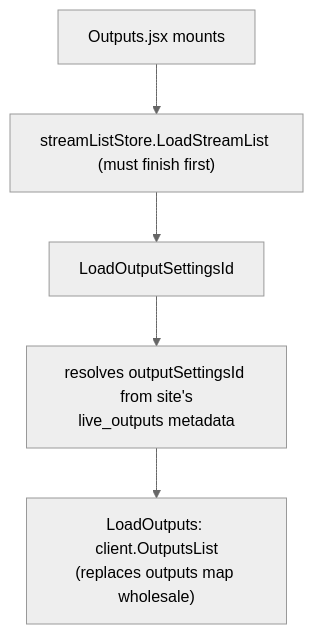
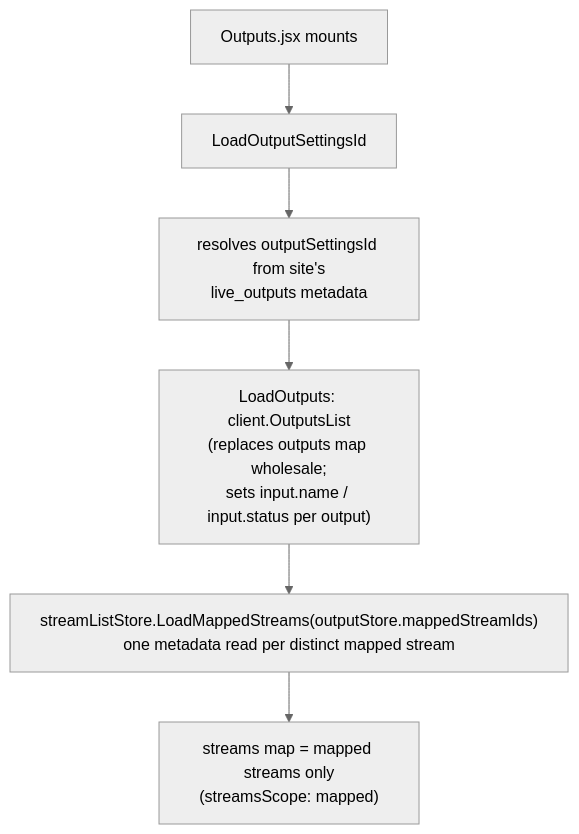
One commit to eluv-io/elv-live-stream changed the first of 5 diagrams in docs/diagrams/output-lifecycle.md. Above: the diagram before and after it, drawn with Mermaid (neutral theme). The commit also changed other lines of this file and 35 other files, not shown here.

First line of the commit message:
Changes to stream status (#200)

````diff
--- a/docs/diagrams/output-lifecycle.md
+++ b/docs/diagrams/output-lifecycle.md
@@ -7,7 +7,8 @@
 ```mermaid
 flowchart TD
-    A[Outputs.jsx mounts] --> B["streamListStore.LoadStreamList (must finish first)"]
-    B --> C[LoadOutputSettingsId]
+    A[Outputs.jsx mounts] --> C[LoadOutputSettingsId]
     C --> D["resolves outputSettingsId from site's<br/>live_outputs metadata"]
-    D --> E["LoadOutputs: client.OutputsList<br/>(replaces outputs map wholesale)"]
+    D --> E["LoadOutputs: client.OutputsList<br/>(replaces outputs map wholesale;<br/>sets input.name / input.status per output)"]
+    E --> F["streamListStore.LoadMappedStreams(outputStore.mappedStreamIds)<br/>one metadata read per distinct mapped stream"]
+    F --> G["streams map = mapped streams only<br/>(streamsScope: mapped)"]
 ```
````
